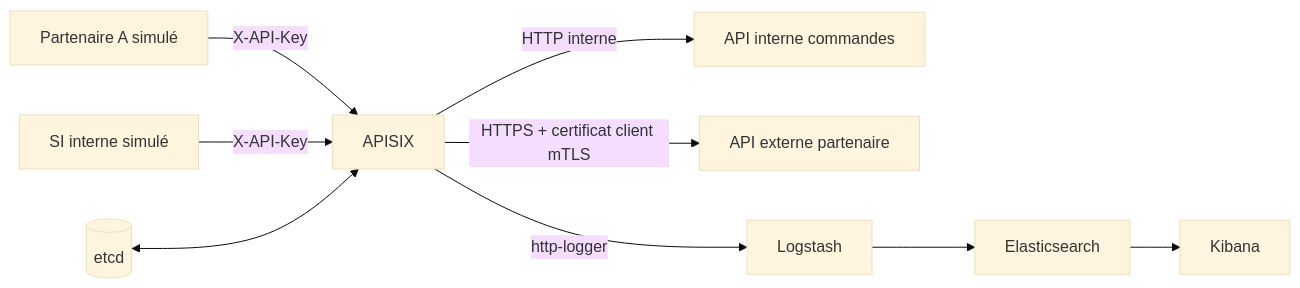
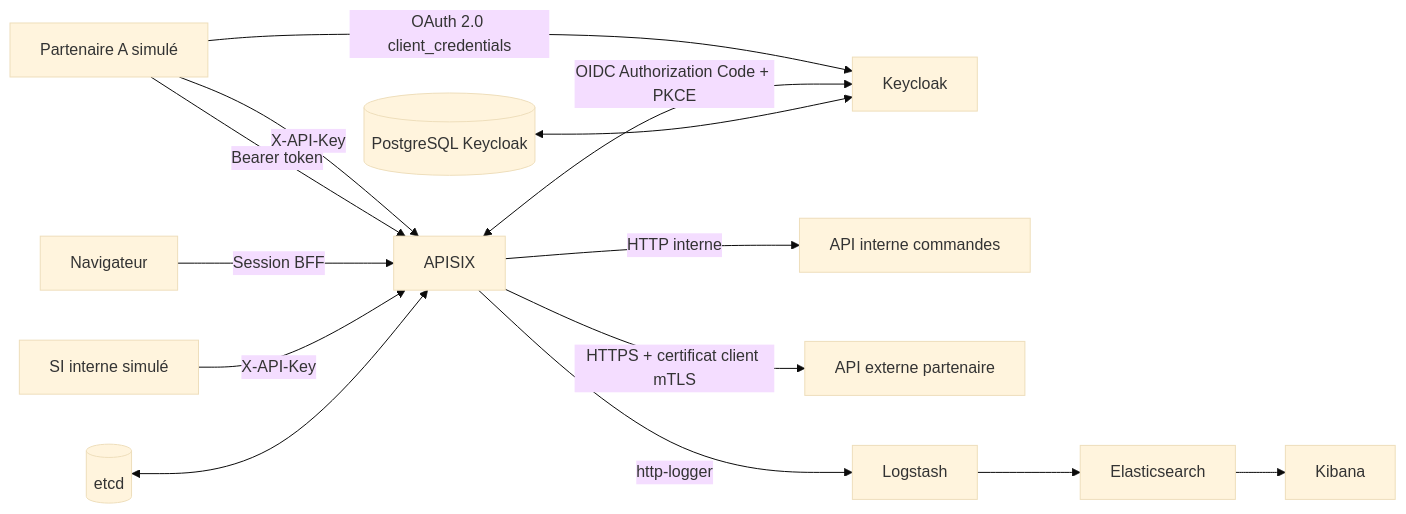
Before and after one commit to AlexandreCARRON/AutoStack_Enterprise: the diagram in services/APISIX/DEMO.md, drawn with Mermaid (base theme). The commit also changed other lines of this file and 17 other files, not shown here.

Commit message:
feat(apisix): integrate Keycloak OIDC authentication

````diff
--- a/services/APISIX/DEMO.md
+++ b/services/APISIX/DEMO.md
@@ -14,11 +14,16 @@
 ```mermaid
 flowchart LR
     P[Partenaire A simulé] -->|X-API-Key| A[APISIX]
+    P -->|OAuth 2.0 client_credentials| KC[Keycloak]
+    P -->|Bearer token| A
+    U[Navigateur] -->|Session BFF| A
+    A <-->|OIDC Authorization Code + PKCE| KC
     A -->|HTTP interne| I[API interne commandes]
     S[SI interne simulé] -->|X-API-Key| A
     A -->|HTTPS + certificat client mTLS| E[API externe partenaire]
     A -->|http-logger| L[Logstash]
     L --> ES[Elasticsearch]
     ES --> K[Kibana]
+    DB[(PostgreSQL Keycloak)] <--> KC
     ET[(etcd)] <--> A
 ```
````
